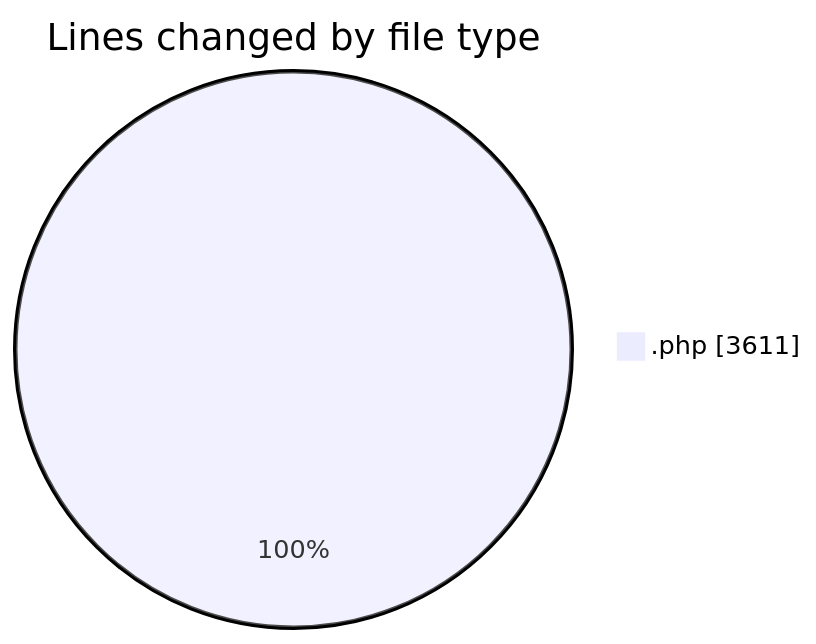
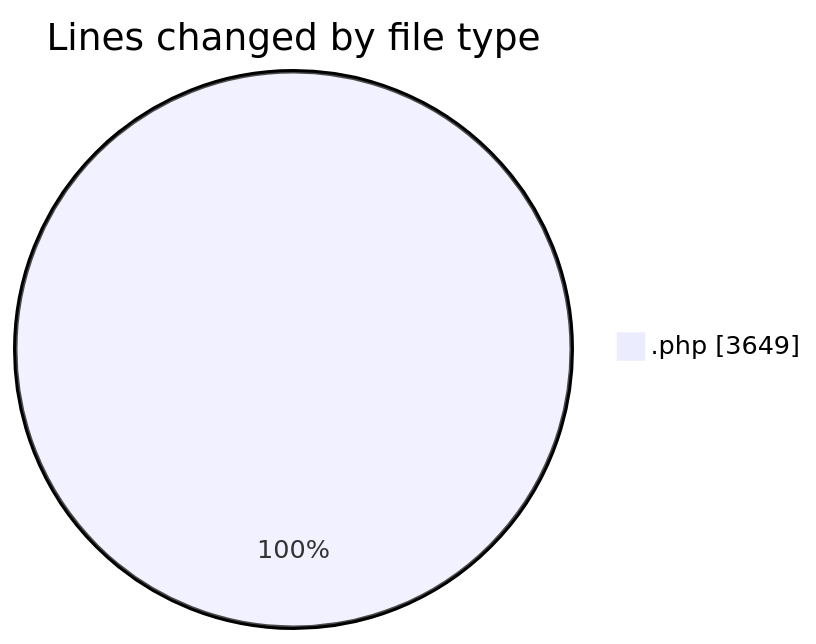
Before and after one commit to debugP/code-tracking: the first of 2 diagrams in 2026-08-05/untitled__workspace_/README.md, drawn with Mermaid. The commit also changed other lines of this file and 1 other file, not shown here.

````diff
--- a/2026-08-05/untitled__workspace_/README.md
+++ b/2026-08-05/untitled__workspace_/README.md
@@ -21,5 +21,5 @@
 ```mermaid
 pie showData
 title Lines changed by file type
-".php" : 3611
+".php" : 3649
 ```
````
